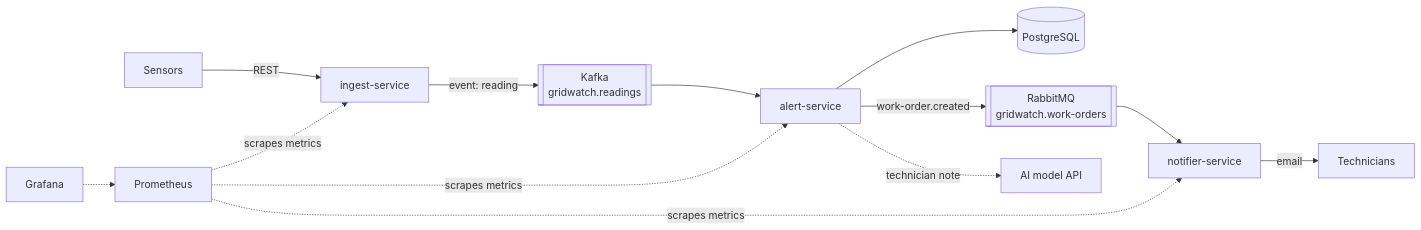
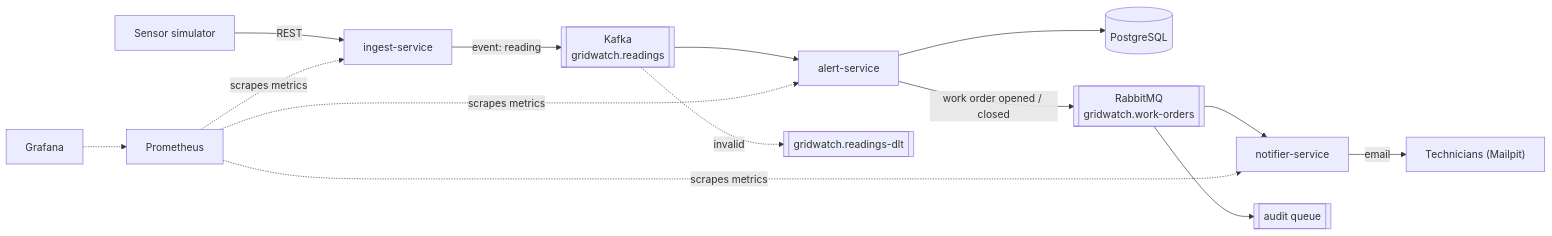
Before and after one commit to hapiKzm/gridwatch: the diagram in README.md, drawn with Mermaid. The commit also changed other lines of this file, not shown here.

Commit message:
docs: split readme into current features and roadmap

````diff
--- a/README.md
+++ b/README.md
@@ -25,13 +52,14 @@
 ```mermaid
 flowchart LR
-    sensors["Sensors"] -->|"REST"| ingest["ingest-service"]
+    sim["Sensor simulator"] -->|"REST"| ingest["ingest-service"]
     ingest -->|"event: reading"| kafka[["Kafka<br/>gridwatch.readings"]]
     kafka --> alert["alert-service"]
+    kafka -.->|"invalid"| dlt[["gridwatch.readings-dlt"]]
     alert --> db[("PostgreSQL")]
-    alert -->|"work-order.created"| rabbit[["RabbitMQ<br/>gridwatch.work-orders"]]
+    alert -->|"work order opened / closed"| rabbit[["RabbitMQ<br/>gridwatch.work-orders"]]
     rabbit --> notifier["notifier-service"]
-    notifier -->|"email"| tech["Technicians"]
-    alert -.->|"technician note"| ai["AI model API"]
+    rabbit --> audit[["audit queue"]]
+    notifier -->|"email"| tech["Technicians (Mailpit)"]
     prom["Prometheus"] -.->|"scrapes metrics"| ingest & alert & notifier
     grafana["Grafana"] -.-> prom
 ```
````
